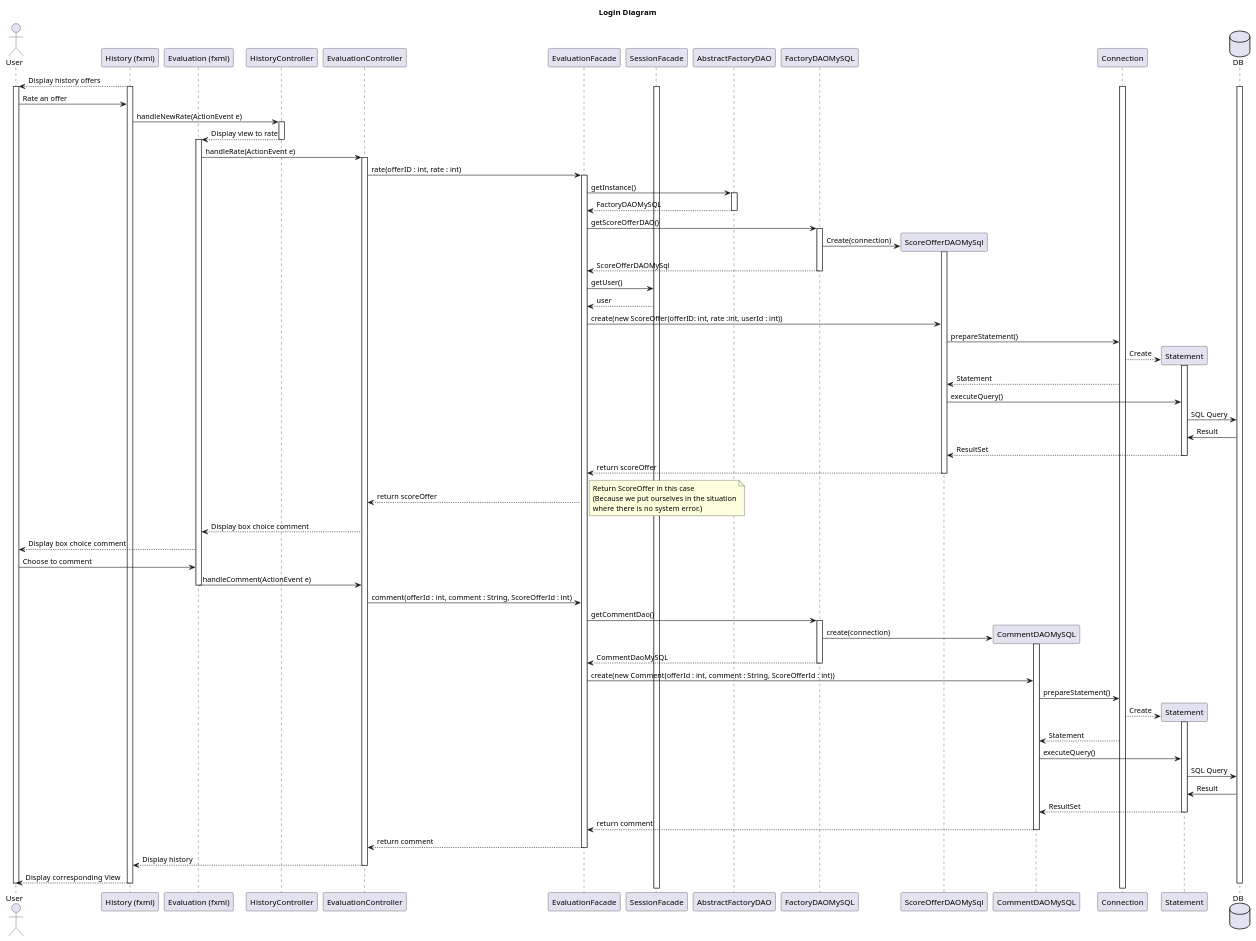
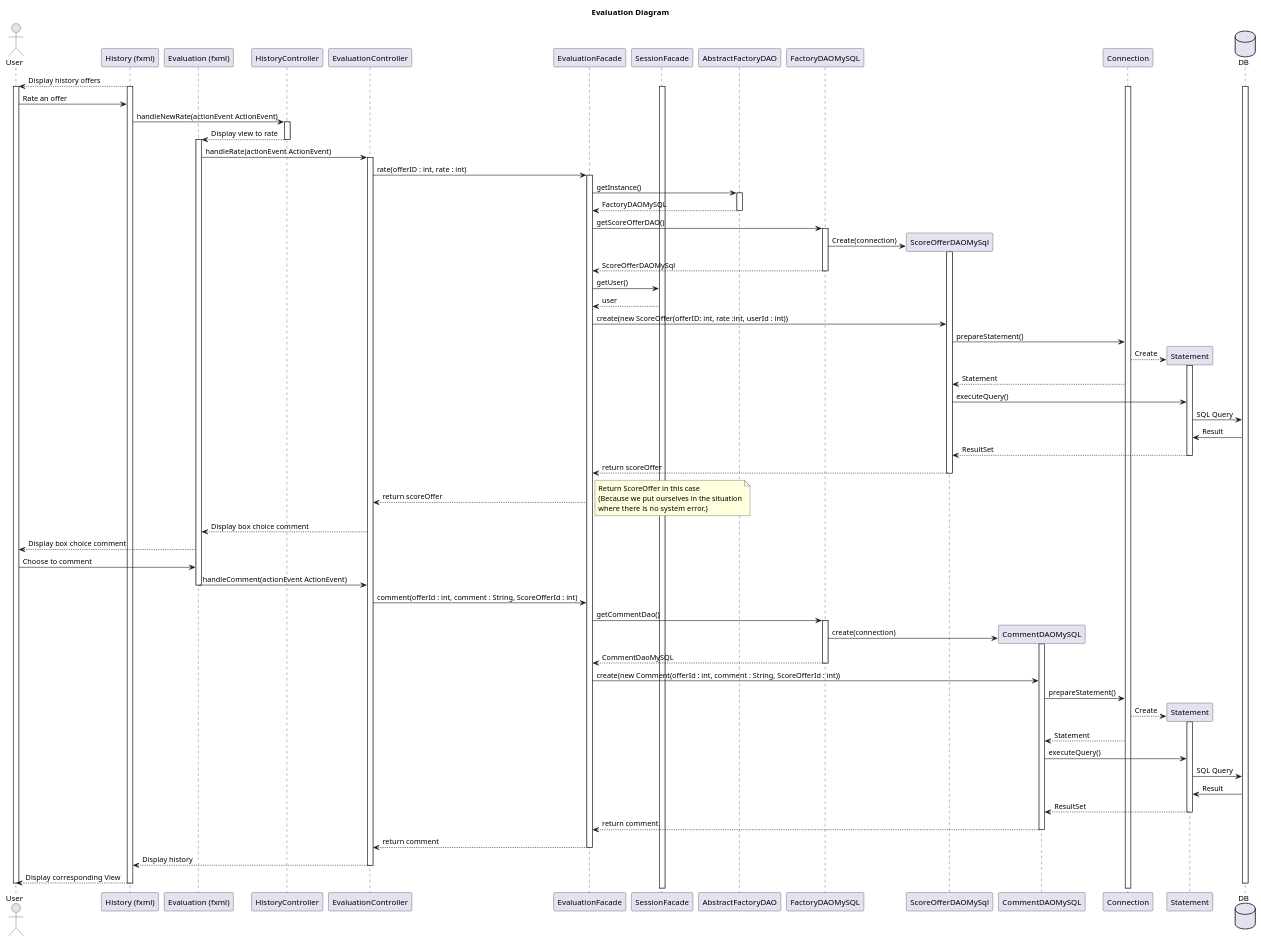
The diagram in documents/diagram/evaluation/evaluationSequence.puml (LaunoisRemy/ToolShare), drawn with PlantUML before and after one commit. The commit also changed 2 other files, not shown here.

Commit message:
UML : Favory diagram

```diff
--- a/documents/diagram/evaluation/evaluationSequence.puml
+++ b/documents/diagram/evaluation/evaluationSequence.puml
@@ -1,148 +1,148 @@
 @startuml
-title Login Diagram
+title Evaluation Diagram
 
 actor User
 participant "History (fxml)"
 participant "Evaluation (fxml)" as evView
 participant HistoryController
 participant EvaluationController
 participant EvaluationFacade
 participant SessionFacade
 participant AbstractFactoryDAO
 participant FactoryDAOMySQL
 participant ScoreOfferDAOMySql
 participant CommentDAOMySQL
 participant Connection
 participant Statement
 database DB
 
 
 "History (fxml)"-->User: Display history offers
 
 activate "History (fxml)"
 activate User
 activate DB
 activate SessionFacade
 activate Connection
 
 User->"History (fxml)": Rate an offer
 
-"History (fxml)"->HistoryController: handleNewRate(ActionEvent e)
+"History (fxml)"->HistoryController: handleNewRate(actionEvent ActionEvent)
 
 activate HistoryController
 HistoryController --> evView :  Display view to rate
 deactivate HistoryController
 activate evView
-evView -> EvaluationController : handleRate(ActionEvent e)
+evView -> EvaluationController : handleRate(actionEvent ActionEvent)
 
 activate EvaluationController
 EvaluationController->EvaluationFacade: rate(offerID : int, rate : int)
 
 
 
 activate EvaluationFacade
 
 EvaluationFacade->AbstractFactoryDAO:getInstance()
 activate AbstractFactoryDAO
 
 
 AbstractFactoryDAO--> EvaluationFacade : FactoryDAOMySQL
 deactivate AbstractFactoryDAO
 
 EvaluationFacade -> FactoryDAOMySQL:getScoreOfferDAO()
 
 activate FactoryDAOMySQL
 
 FactoryDAOMySQL->ScoreOfferDAOMySql **:Create(connection)
 
 activate ScoreOfferDAOMySql
 FactoryDAOMySQL-->EvaluationFacade:ScoreOfferDAOMySql
 
 deactivate FactoryDAOMySQL
 EvaluationFacade -> SessionFacade : getUser()
 SessionFacade --> EvaluationFacade : user
 EvaluationFacade->ScoreOfferDAOMySql: create(new ScoreOffer(offerID: int, rate :int, userId : int))
 
 ScoreOfferDAOMySql->Connection: prepareStatement()
 
 
 Connection-->Statement **: Create
 
 activate Statement
 
 Connection-->ScoreOfferDAOMySql: Statement
 
 
 
 ScoreOfferDAOMySql->Statement:executeQuery()
 
 Statement->DB: SQL Query
 
 DB->Statement:Result
 
 Statement-->ScoreOfferDAOMySql: ResultSet
 
 deactivate Statement
 
 ScoreOfferDAOMySql-->EvaluationFacade: return scoreOffer
 deactivate ScoreOfferDAOMySql
 
 
 EvaluationFacade --> EvaluationController : return scoreOffer
 note right
     Return ScoreOffer in this case
     (Because we put ourselves in the situation
     where there is no system error.)
 end note
 
 
 
 EvaluationController --> evView : Display box choice comment
 evView --> User : Display box choice comment
 User -> evView : Choose to comment
-evView -> EvaluationController : handleComment(ActionEvent e)
+evView -> EvaluationController : handleComment(actionEvent ActionEvent)
 deactivate evView
 EvaluationController -> EvaluationFacade : comment(offerId : int, comment : String, ScoreOfferId : int)
 EvaluationFacade -> FactoryDAOMySQL : getCommentDao()
 activate FactoryDAOMySQL
 FactoryDAOMySQL -> CommentDAOMySQL **: create(connection)
 activate CommentDAOMySQL
 FactoryDAOMySQL --> EvaluationFacade : CommentDaoMySQL
 deactivate FactoryDAOMySQL
 EvaluationFacade -> CommentDAOMySQL : create(new Comment(offerId : int, comment : String, ScoreOfferId : int))
 
 CommentDAOMySQL->Connection: prepareStatement()
 
 Connection-->Statement **: Create
 
 activate Statement
 
 Connection-->CommentDAOMySQL: Statement
 
 
 CommentDAOMySQL->Statement:executeQuery()
 
 Statement->DB: SQL Query
 
 DB->Statement:Result
 
 Statement-->CommentDAOMySQL: ResultSet
 
 deactivate Statement
 CommentDAOMySQL --> EvaluationFacade : return comment
 deactivate CommentDAOMySQL
 EvaluationFacade --> EvaluationController : return comment
 deactivate EvaluationFacade
 EvaluationController --> "History (fxml)" : Display history
 deactivate EvaluationController
 deactivate EvaluationFacade
 
 deactivate HistoryController
 
 "History (fxml)" --> User: Display corresponding View
 
 deactivate "History (fxml)"
 deactivate DB
 deactivate User
 
 @enduml
```
